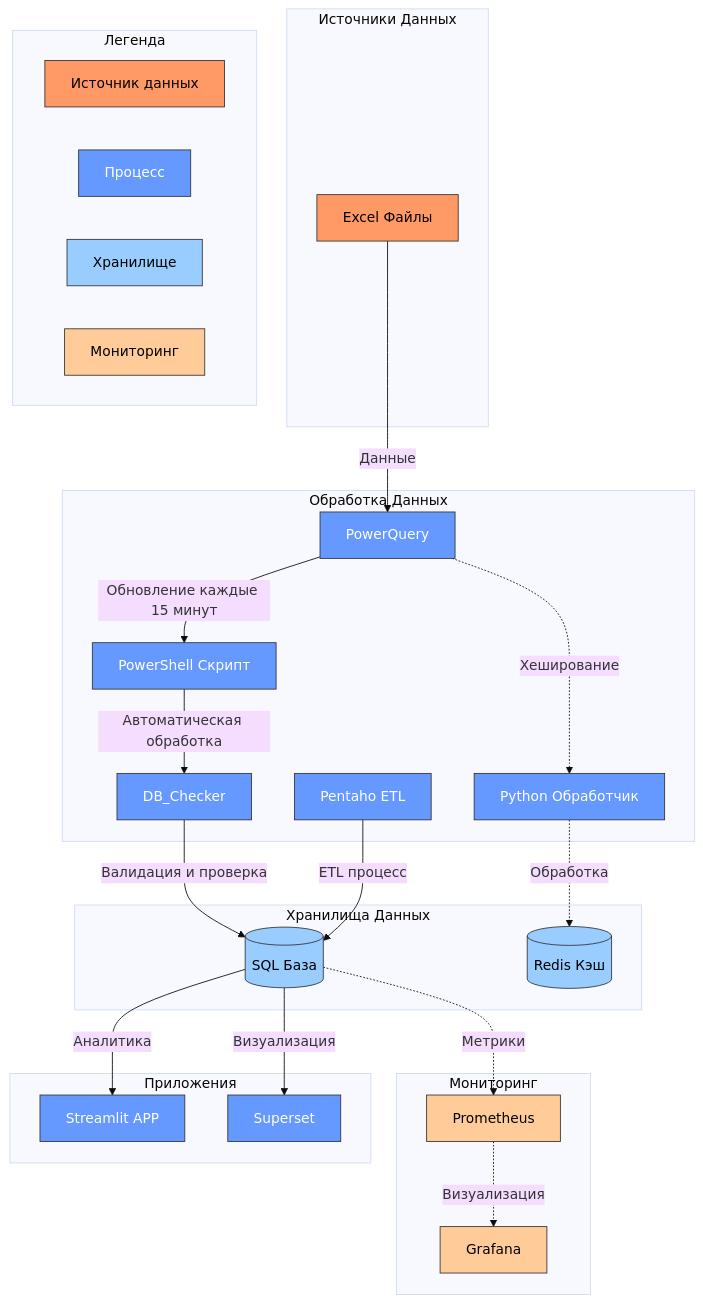
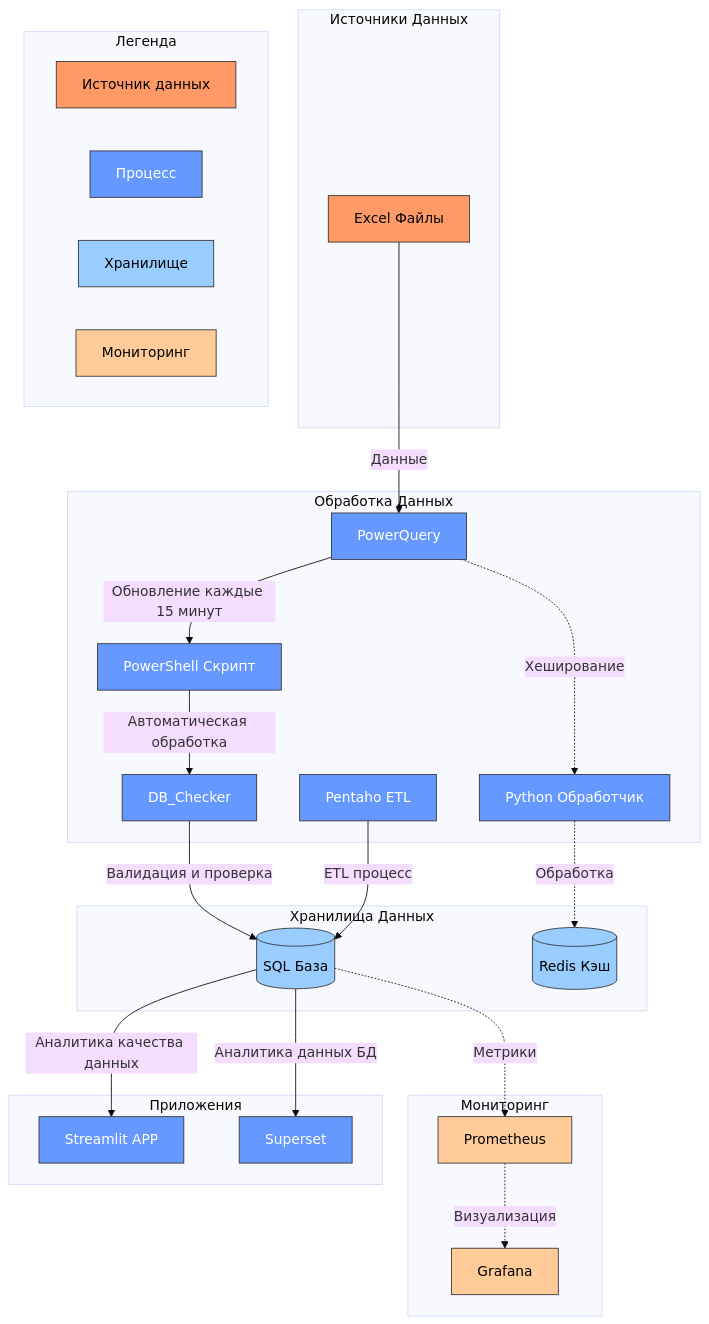
One commit to chiglo-k/DB_Checker changed the diagram in README.md. Above: the diagram before and after it, drawn with Mermaid (base theme).

````diff
--- a/README.md
+++ b/README.md
@@ -161,58 +161,58 @@
 ```mermaid
 flowchart TD
     %% Styling
     classDef source fill:#f96,stroke:#333,color:#000
     classDef process fill:#69f,stroke:#333,color:#fff
     classDef storage fill:#9cf,stroke:#333,color:#000
     classDef monitor fill:#fc9,stroke:#333,color:#000
     
     subgraph Источники["Источники Данных"]
         Excel["Excel Файлы"]:::source
     end
     
     subgraph Обработка["Обработка Данных"]
         PowerQuery["PowerQuery"]:::process
         PS["PowerShell Скрипт"]:::process
         DB_Checker["DB_Checker"]:::process
         Pentaho["Pentaho ETL"]:::process
         Python["Python Обработчик"]:::process
     end
     
     subgraph Хранение["Хранилища Данных"]
         SQL[(SQL База)]:::storage
         Redis[(Redis Кэш)]:::storage
     end
     
     subgraph Мониторинг["Мониторинг"]
         Prometheus["Prometheus"]:::monitor
         Grafana["Grafana"]:::monitor
     end
     
     subgraph Приложения["Приложения"]
         Streamlit["Streamlit APP"]:::process
         Superset["Superset"]:::process
     end
     
     %% Основные потоки данных
     Excel -->|"Данные"| PowerQuery
     PowerQuery -->|"Обновление каждые 15 минут"| PS
     PS -->|"Автоматическая обработка"| DB_Checker
     DB_Checker -->|"Валидация и проверка"| SQL
     Pentaho -->|"ETL процесс"| SQL
-    SQL -->|"Аналитика"| Streamlit
-    SQL -->|"Визуализация"| Superset
+    SQL -->|"Аналитика качества данных"| Streamlit
+    SQL -->|"Аналитика данных БД"| Superset
     
     %% Вспомогательные потоки
     PowerQuery -.->|"Хеширование"| Python
     Python -.->|"Обработка"| Redis
     SQL -.->|"Метрики"| Prometheus
     Prometheus -.->|"Визуализация"| Grafana
     
     %% Легенда
     subgraph Легенда["Легенда"]
         L1["Источник данных"]:::source
         L2["Процесс"]:::process
         L3["Хранилище"]:::storage
         L4["Мониторинг"]:::monitor
     end
 ```
````
